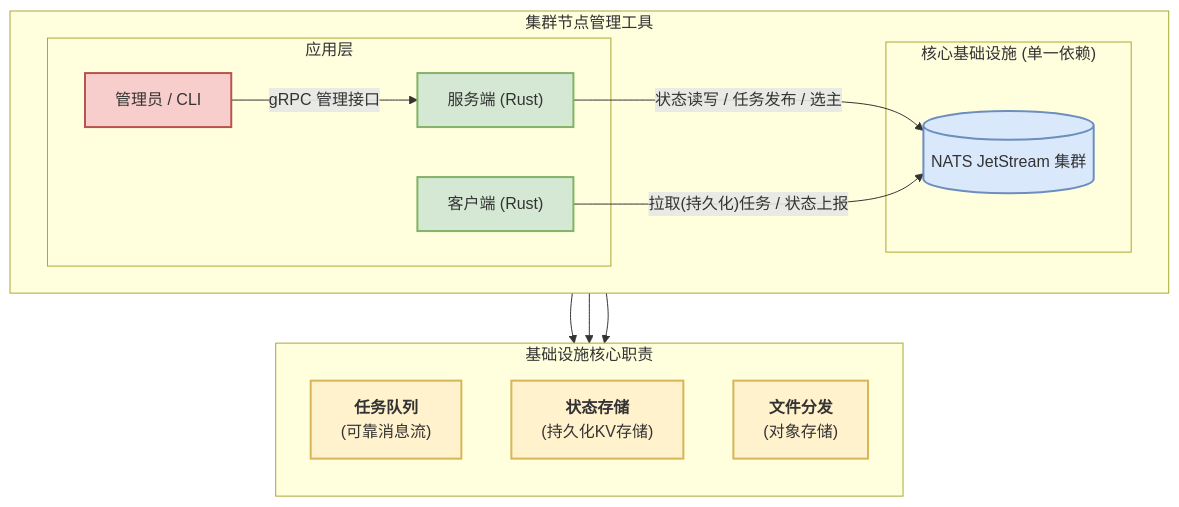
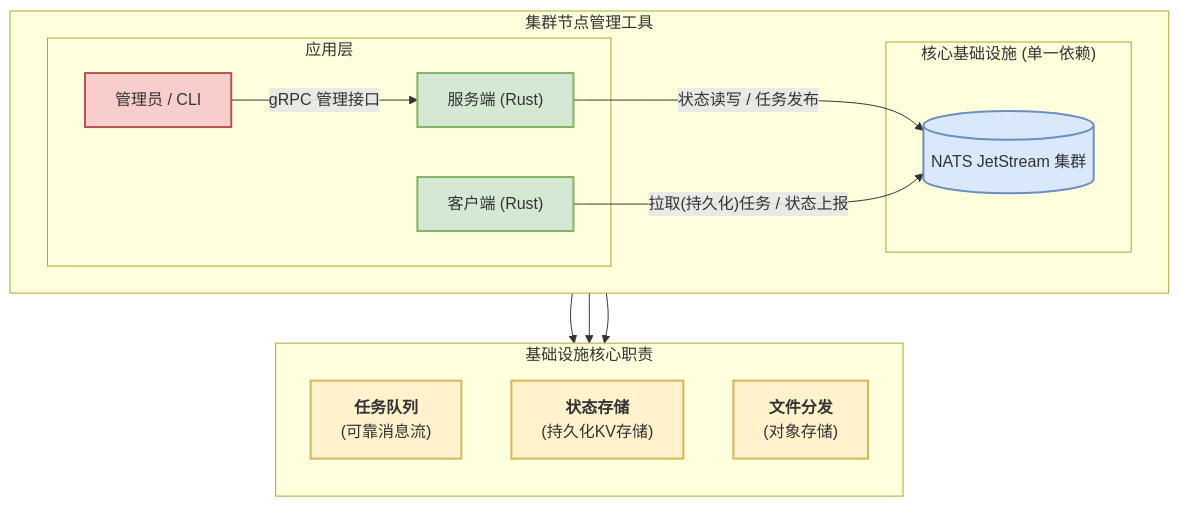
One commit to CHAK-MING/oasis changed the diagram in README.md. Above: the diagram before and after it, drawn with Mermaid. The commit also changed other lines of this file, not shown here.

````diff
--- a/README.md
+++ b/README.md
@@ -333,37 +330,37 @@
 ```mermaid
 graph TD
     %% 定义不同组件的样式
     classDef server fill:#D5E8D4,stroke:#82B366,stroke-width:2px;
     classDef agent fill:#D5E8D4,stroke:#82B366,stroke-width:2px;
     classDef infra fill:#DAE8FC,stroke:#6C8EBF,stroke-width:2px;
     classDef responsibility fill:#FFF2CC,stroke:#D6B656,stroke-width:2px;
     classDef admin fill:#F8CECC,stroke:#B85450,stroke-width:2px;
 
     subgraph "集群节点管理工具"
         direction LR
         subgraph "应用层"
             Admin["管理员 / CLI"]:::admin
             Server["服务端 (Rust)"]:::server
             Agent["客户端 (Rust)"]:::agent
         end
 
         subgraph "核心基础设施 (单一依赖)"
             JetStream[("NATS JetStream 集群")]:::infra
         end
 
         Admin -- "gRPC 管理接口" --> Server
-        Server -- "状态读写 / 任务发布 / 选主" --> JetStream
+        Server -- "状态读写 / 任务发布" --> JetStream
         Agent -- "拉取(持久化)任务 / 状态上报" --> JetStream
     end
 
     subgraph "基础设施核心职责"
         direction TB
         TaskQueue["<b>任务队列</b><br/>(可靠消息流)"]:::responsibility
         StateStore["<b>状态存储</b><br/>(持久化KV存储)"]:::responsibility
         FileStore["<b>文件分发</b><br/>(对象存储)"]:::responsibility
     end
 
     JetStream --> TaskQueue
     JetStream --> StateStore
     JetStream --> FileStore
 ```
````
